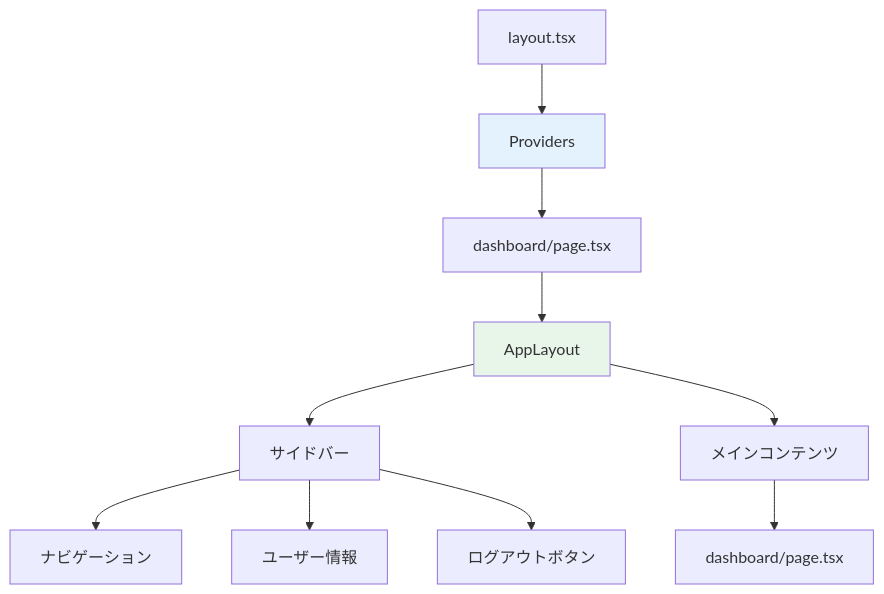
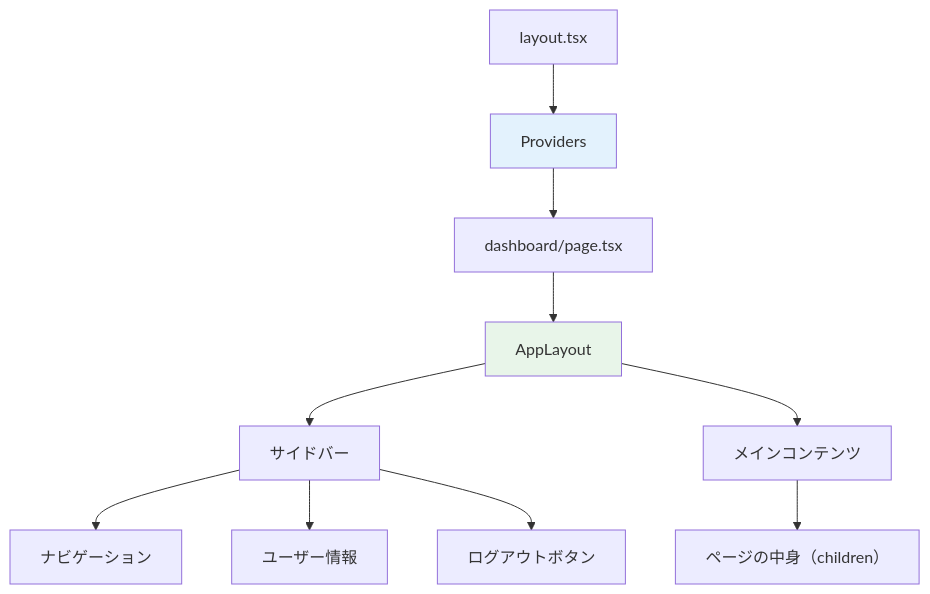
The first of 5 diagrams in material/30days-curriculum/day08_サイドバーを完成させよう.md (kouiso/task-app), drawn with Mermaid before and after one commit. The commit also changed other lines of this file and 250 other files, not shown here.

````diff
--- a/material/30days-curriculum/day08_サイドバーを完成させよう.md
+++ b/material/30days-curriculum/day08_サイドバーを完成させよう.md
@@ -39,15 +39,15 @@
 ```mermaid
 flowchart TD
     A[layout.tsx] --> B[Providers]
     B --> C["dashboard/page.tsx"]
     C --> D[AppLayout]
     D --> E[サイドバー]
     D --> F[メインコンテンツ]
     E --> G[ナビゲーション]
     E --> H[ユーザー情報]
     E --> I[ログアウトボタン]
-    F --> J[dashboard/page.tsx]
+    F --> J[ページの中身（children）]
 
     style B fill:#e3f2fd
     style D fill:#e8f5e9
 ```
````
